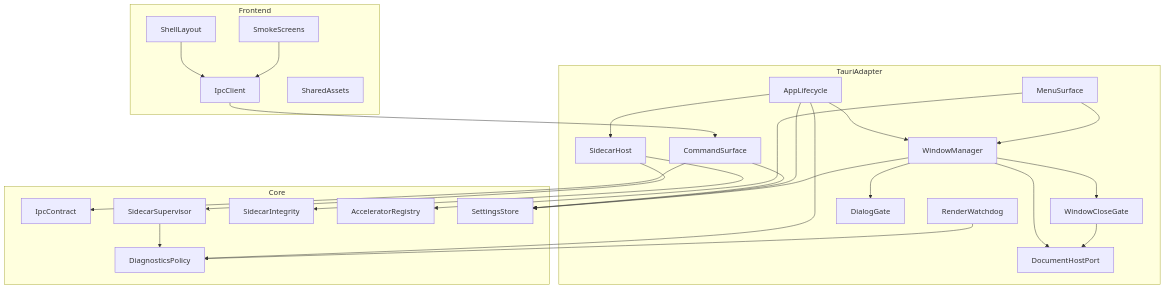
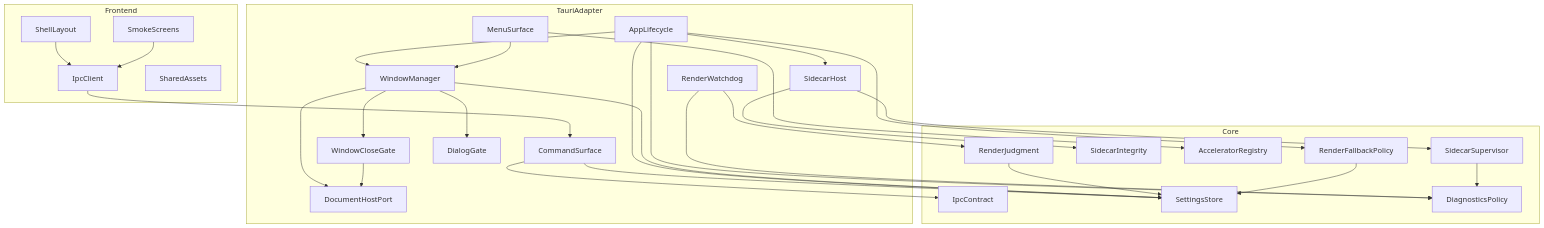
Before and after one commit to HDYS-TTBYS/jxcel: the first of 4 diagrams in .kiro/specs/app-shell/design.md, drawn with Mermaid. The commit also changed other lines of this file and 18 other files, not shown here.

````diff
--- a/.kiro/specs/app-shell/design.md
+++ b/.kiro/specs/app-shell/design.md
@@ -76,49 +77,55 @@
 ```mermaid
 graph TB
     subgraph Frontend
         ShellLayout
         IpcClient
         SmokeScreens
         SharedAssets
     end
     subgraph TauriAdapter
         AppLifecycle
         WindowManager
         WindowCloseGate
         MenuSurface
         CommandSurface
         SidecarHost
         DialogGate
         RenderWatchdog
         DocumentHostPort
     end
     subgraph Core
         IpcContract
         SidecarSupervisor
         SidecarIntegrity
         AcceleratorRegistry
         SettingsStore
         DiagnosticsPolicy
+        RenderJudgment
+        RenderFallbackPolicy
     end
 
     ShellLayout --> IpcClient
     SmokeScreens --> IpcClient
     IpcClient --> CommandSurface
     CommandSurface --> IpcContract
     CommandSurface --> SettingsStore
     AppLifecycle --> WindowManager
     AppLifecycle --> SidecarHost
     AppLifecycle --> DiagnosticsPolicy
     AppLifecycle --> SettingsStore
     WindowManager --> WindowCloseGate
     WindowManager --> DocumentHostPort
     WindowManager --> SettingsStore
     WindowManager --> DialogGate
     WindowCloseGate --> DocumentHostPort
     MenuSurface --> AcceleratorRegistry
     MenuSurface --> WindowManager
     SidecarHost --> SidecarIntegrity
     SidecarHost --> SidecarSupervisor
     RenderWatchdog --> DiagnosticsPolicy
+    RenderWatchdog --> RenderJudgment
+    AppLifecycle --> RenderFallbackPolicy
+    RenderJudgment --> SettingsStore
+    RenderFallbackPolicy --> SettingsStore
     SidecarSupervisor --> DiagnosticsPolicy
 ```
````
